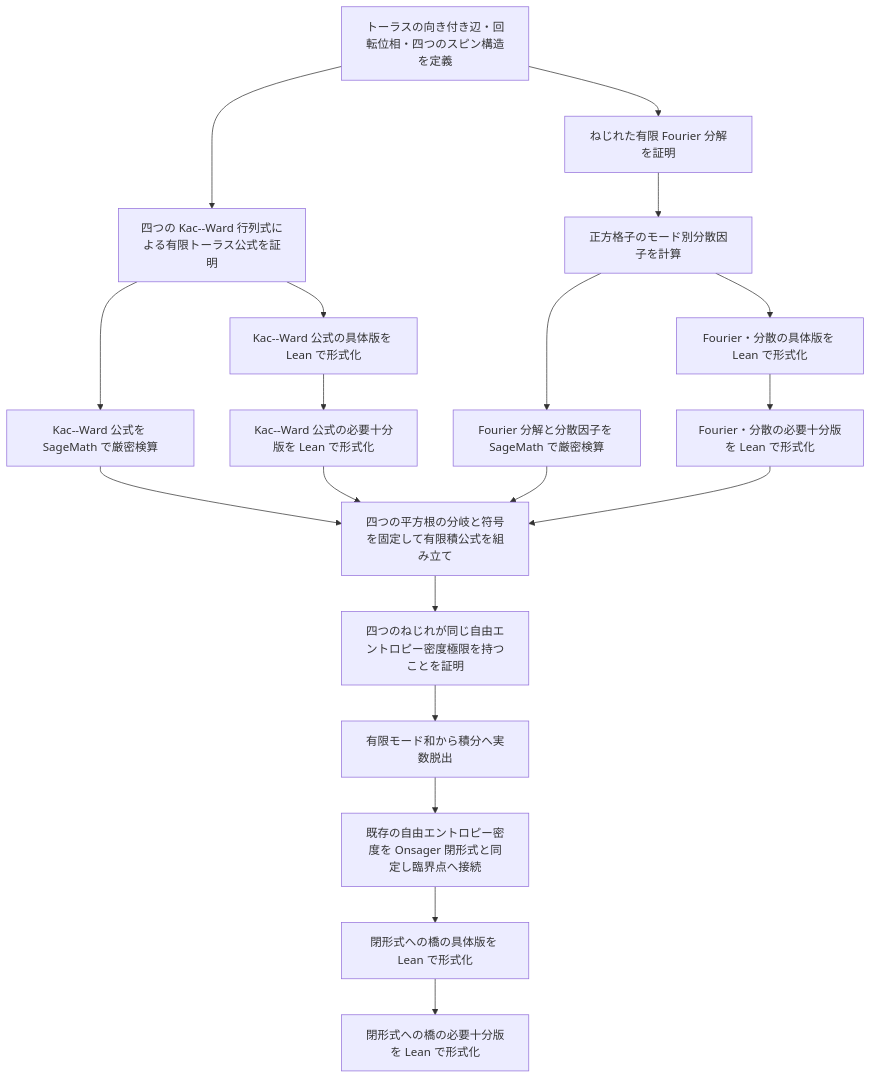
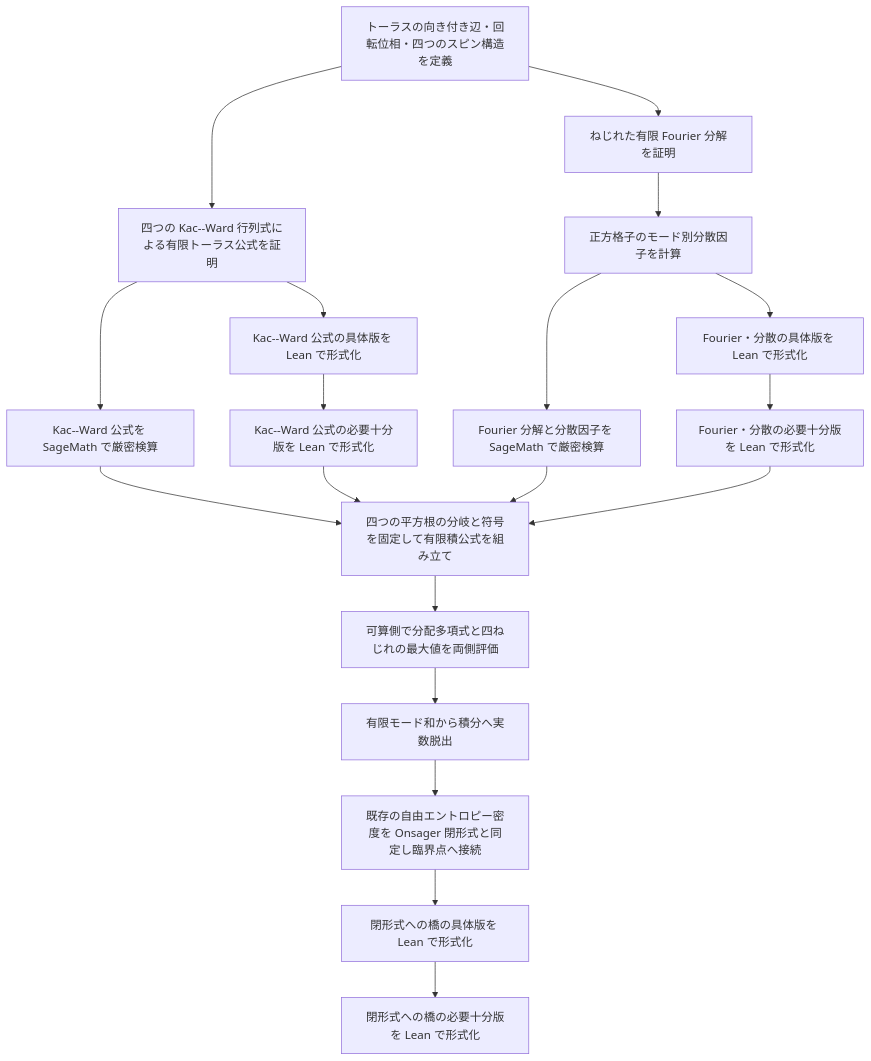
The diagram in exact-solution-of-2d-ising-model-lambda/docs/tasks/onsager-closed-form-connection/task-dependency-graph.md (masaori/math), drawn with Mermaid before and after one commit. The commit also changed other lines of this file and 7 other files, not shown here.

````diff
--- a/exact-solution-of-2d-ising-model-lambda/docs/tasks/onsager-closed-form-connection/task-dependency-graph.md
+++ b/exact-solution-of-2d-ising-model-lambda/docs/tasks/onsager-closed-form-connection/task-dependency-graph.md
@@ -27,21 +27,21 @@
 ```mermaid
 graph TD
   data[トーラスの向き付き辺・回転位相・四つのスピン構造を定義] --> kw[四つの Kac--Ward 行列式による有限トーラス公式を証明]
   kw --> kwcheck[Kac--Ward 公式を SageMath で厳密検算]
   kw --> kwleanconcrete[Kac--Ward 公式の具体版を Lean で形式化]
   kwleanconcrete --> kwleanessential[Kac--Ward 公式の必要十分版を Lean で形式化]
   data --> fourier[ねじれた有限 Fourier 分解を証明]
   fourier --> dispersion[正方格子のモード別分散因子を計算]
   dispersion --> dispersioncheck[Fourier 分解と分散因子を SageMath で厳密検算]
   dispersion --> dispersionleanconcrete[Fourier・分散の具体版を Lean で形式化]
   dispersionleanconcrete --> dispersionleanessential[Fourier・分散の必要十分版を Lean で形式化]
   kwcheck --> product[四つの平方根の分岐と符号を固定して有限積公式を組み立て]
   dispersioncheck --> product
   kwleanessential --> product
   dispersionleanessential --> product
-  product --> twists[四つのねじれが同じ自由エントロピー密度極限を持つことを証明]
+  product --> twists[可算側で分配多項式と四ねじれの最大値を両側評価]
   twists --> integral[有限モード和から積分へ実数脱出]
   integral --> onsager[既存の自由エントロピー密度を Onsager 閉形式と同定し臨界点へ接続]
   onsager --> finalleanconcrete[閉形式への橋の具体版を Lean で形式化]
   finalleanconcrete --> finalleanessential[閉形式への橋の必要十分版を Lean で形式化]
 ```
````
